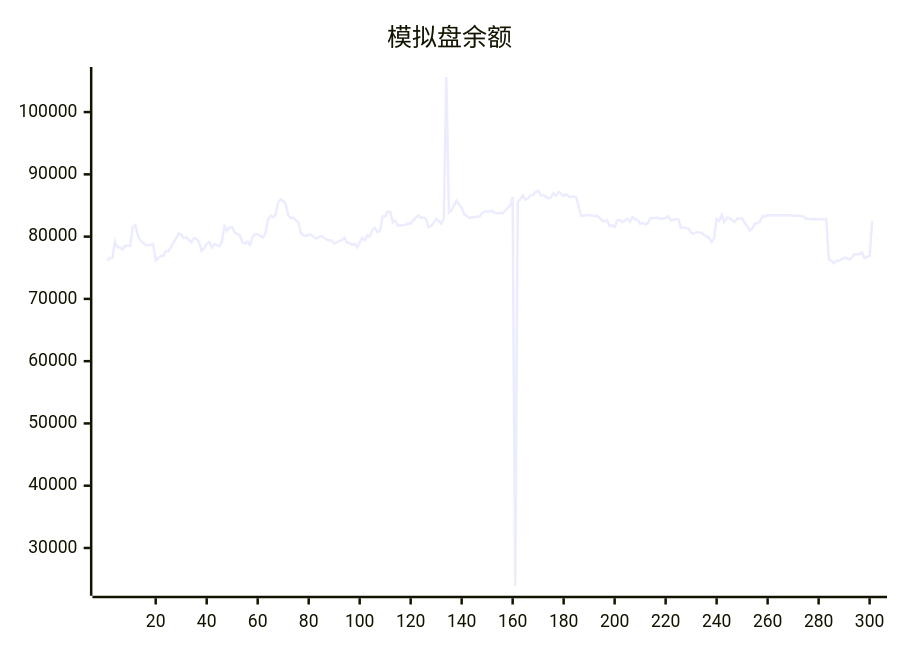
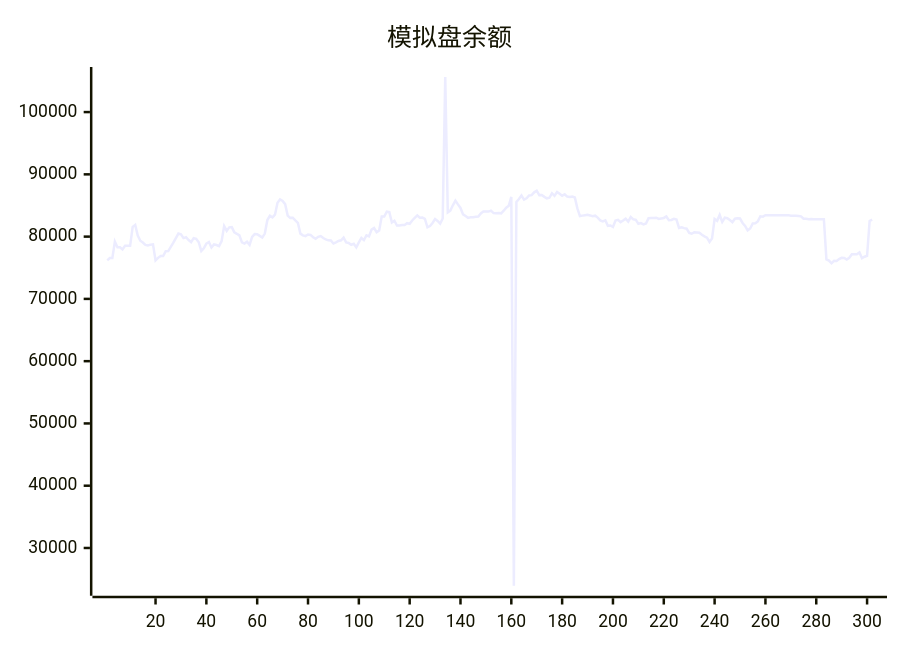
One commit to aahl/ai-trading changed the diagram in README.md. Above: the diagram before and after it, drawn with Mermaid. The commit also changed other lines of this file and 1 other file, not shown here.

````diff
--- a/README.md
+++ b/README.md
@@ -5,5 +5,5 @@
 ```mermaid
 xychart
     title "模拟盘余额"
-    line [76179,76553,76551,79196,78300,78300,77944,78531,78531,78521,81564,81884,80160,79335,79055,78675,78580,78708,78764,76179,76586,76902,76876,77658,77669,78346,79023,79769,80497,80366,79761,79896,79448,79126,79749,79658,79097,77695,78114,78888,79126,78249,78738,78653,78478,79271,81680,80923,81488,81527,80681,80455,80190,79084,78879,79193,78686,79954,80403,80374,80118,79848,80491,82665,83351,83098,83525,85430,85983,85737,85221,83378,83014,83043,82613,82216,80477,80208,80081,80348,80277,79894,79670,79965,80093,79786,79542,79406,79371,78893,79087,79304,79406,79841,79072,78978,78696,78846,78272,79085,79787,79442,80198,80031,81120,81379,80718,80985,83214,83212,83993,83921,82270,82547,81776,81776,81866,81866,82158,82061,82596,83000,83408,83041,83050,82858,81503,81691,82188,82812,82517,82092,82901,105633,83898,84180,85030,85781,85178,84604,83569,83298,83008,83093,83107,83175,83228,83729,84025,84017,84019,84177,83775,83762,83785,83738,84160,84639,84939,86370,23934,85548,86046,86599,85942,86161,86622,86664,87115,87369,86666,86685,86384,86152,86243,86969,86548,87164,86885,86566,86809,86427,86348,86417,86273,84538,83299,83369,83430,83490,83404,83270,83362,83056,82605,82459,82614,81734,81788,81551,82598,82702,82320,82580,82878,82426,83139,82778,82686,82056,82166,81963,82110,82951,82983,82984,83038,82838,82915,82998,83235,82642,82682,82858,82746,81396,81512,81362,81277,80600,80461,80699,80673,80616,80288,80038,79836,79142,79722,82837,82533,83480,82366,83032,82960,82654,82330,82883,82934,82901,82188,81728,81005,81298,82110,82135,82449,83264,83203,83440,83439,83440,83440,83446,83447,83448,83447,83448,83449,83369,83369,83369,83313,83256,82872,82873,82801,82844,82785,82791,82791,82793,82794,76339,76145,75714,76110,76096,76397,76594,76585,76310,76607,77160,77170,77160,77456,76541,76774,76927,82520]
+    line [76179,76553,76551,79196,78300,78300,77944,78531,78531,78521,81564,81884,80160,79335,79055,78675,78580,78708,78764,76179,76586,76902,76876,77658,77669,78346,79023,79769,80497,80366,79761,79896,79448,79126,79749,79658,79097,77695,78114,78888,79126,78249,78738,78653,78478,79271,81680,80923,81488,81527,80681,80455,80190,79084,78879,79193,78686,79954,80403,80374,80118,79848,80491,82665,83351,83098,83525,85430,85983,85737,85221,83378,83014,83043,82613,82216,80477,80208,80081,80348,80277,79894,79670,79965,80093,79786,79542,79406,79371,78893,79087,79304,79406,79841,79072,78978,78696,78846,78272,79085,79787,79442,80198,80031,81120,81379,80718,80985,83214,83212,83993,83921,82270,82547,81776,81776,81866,81866,82158,82061,82596,83000,83408,83041,83050,82858,81503,81691,82188,82812,82517,82092,82901,105633,83898,84180,85030,85781,85178,84604,83569,83298,83008,83093,83107,83175,83228,83729,84025,84017,84019,84177,83775,83762,83785,83738,84160,84639,84939,86370,23934,85548,86046,86599,85942,86161,86622,86664,87115,87369,86666,86685,86384,86152,86243,86969,86548,87164,86885,86566,86809,86427,86348,86417,86273,84538,83299,83369,83430,83490,83404,83270,83362,83056,82605,82459,82614,81734,81788,81551,82598,82702,82320,82580,82878,82426,83139,82778,82686,82056,82166,81963,82110,82951,82983,82984,83038,82838,82915,82998,83235,82642,82682,82858,82746,81396,81512,81362,81277,80600,80461,80699,80673,80616,80288,80038,79836,79142,79722,82837,82533,83480,82366,83032,82960,82654,82330,82883,82934,82901,82188,81728,81005,81298,82110,82135,82449,83264,83203,83440,83439,83440,83440,83446,83447,83448,83447,83448,83449,83369,83369,83369,83313,83256,82872,82873,82801,82844,82785,82791,82791,82793,82794,76339,76145,75714,76110,76096,76397,76594,76585,76310,76607,77160,77170,77160,77456,76541,76774,76927,82520,82744]
 ```
````
